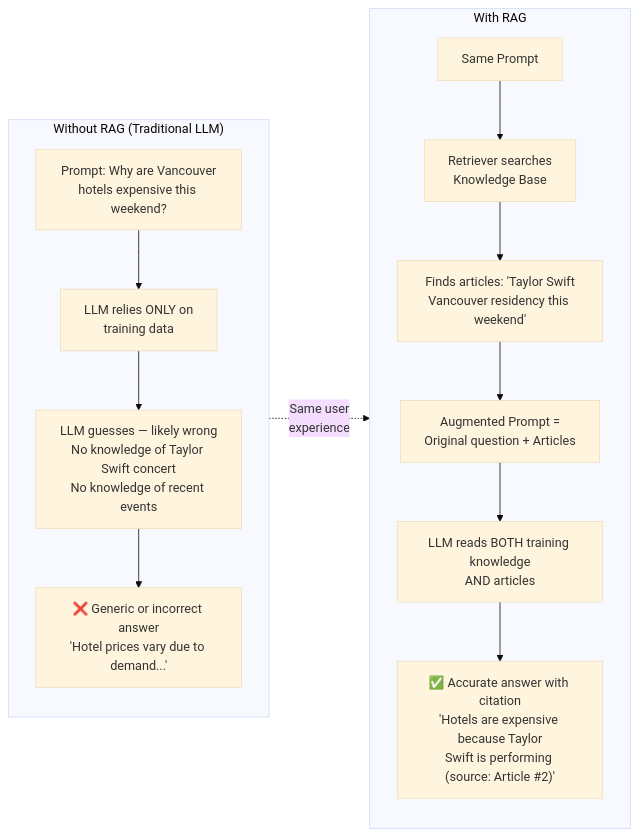
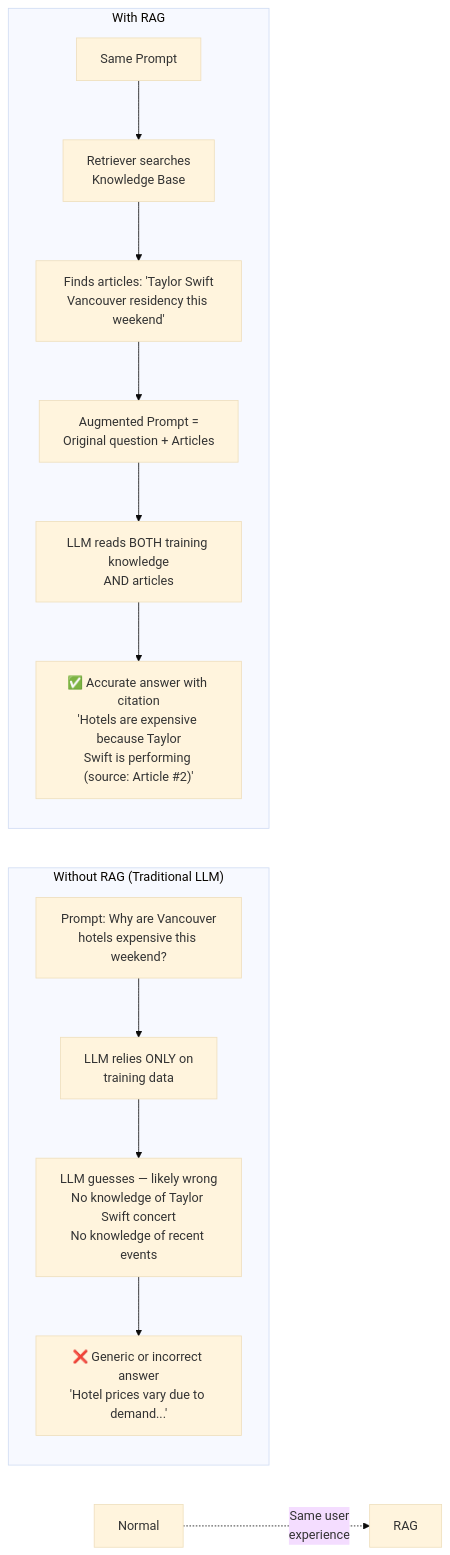
The second of 26 diagrams in coursera_courses/RAG/module1.md (sarv-projects/study), drawn with Mermaid (base theme) before and after one commit. The commit also changed other lines of this file and 2 other files, not shown here.

````diff
--- a/coursera_courses/RAG/module1.md
+++ b/coursera_courses/RAG/module1.md
@@ -312,20 +312,20 @@
 ```mermaid
 flowchart LR
-    subgraph Normal["Without RAG (Traditional LLM)"]
+    subgraph Normal_BOX["Without RAG (Traditional LLM)"]
         direction TB
         N1["Prompt: Why are Vancouver<br/>hotels expensive this weekend?"] --> N2["LLM relies ONLY on<br/>training data"]
         N2 --> N3["LLM guesses — likely wrong<br/>No knowledge of Taylor Swift concert<br/>No knowledge of recent events"]
         N3 --> N4["❌ Generic or incorrect answer<br/>'Hotel prices vary due to demand...'"]
     end
     
-    subgraph RAG["With RAG"]
+    subgraph RAG_BOX["With RAG"]
         direction TB
         R1["Same Prompt"] --> R2["Retriever searches<br/>Knowledge Base"]
         R2 --> R3["Finds articles: 'Taylor Swift<br/>Vancouver residency this weekend'"]
         R3 --> R4["Augmented Prompt =<br/>Original question + Articles"]
         R4 --> R5["LLM reads BOTH training knowledge<br/>AND articles"]
         R5 --> R6["✅ Accurate answer with citation<br/>'Hotels are expensive because Taylor<br/>Swift is performing (source: Article #2)'"]
     end
     
     Normal -.->|"Same user<br/>experience"| RAG
 ```
````
